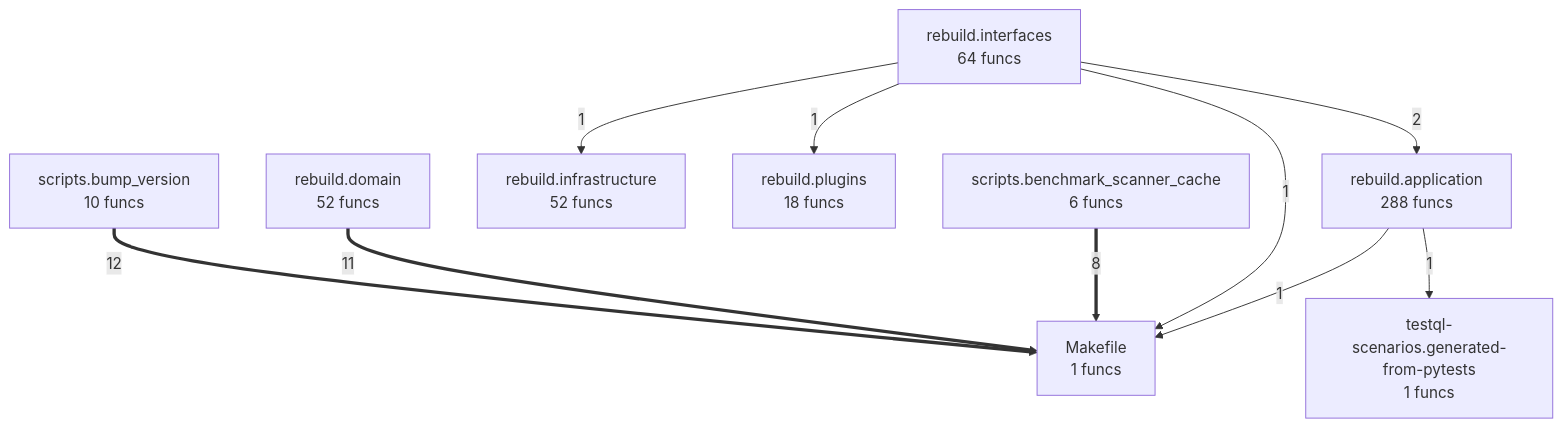
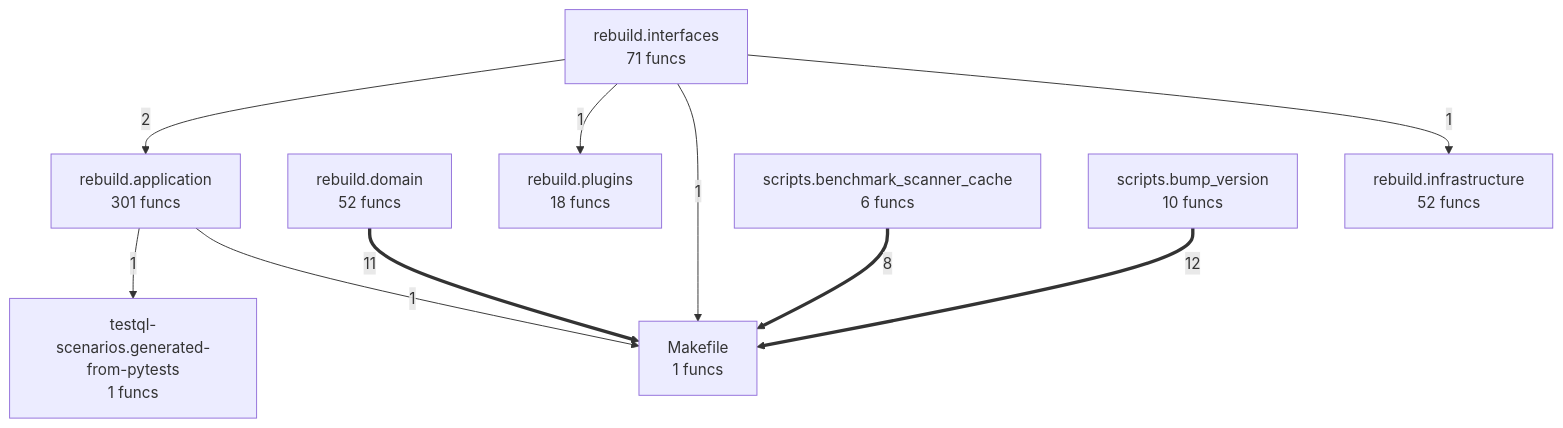
Before and after one commit to semcod/resplit: the diagram in project/compact_flow.mmd, drawn with Mermaid. The commit also changed 35 other files, not shown here.

```diff
--- a/project/compact_flow.mmd
+++ b/project/compact_flow.mmd
@@ -1,20 +1,20 @@
 flowchart TD
 %% generated in 0.01s
     Makefile["Makefile<br/>1 funcs"]
-    rebuild__application["rebuild.application<br/>288 funcs"]
+    rebuild__application["rebuild.application<br/>301 funcs"]
     rebuild__domain["rebuild.domain<br/>52 funcs"]
     rebuild__infrastructure["rebuild.infrastructure<br/>52 funcs"]
-    rebuild__interfaces["rebuild.interfaces<br/>64 funcs"]
+    rebuild__interfaces["rebuild.interfaces<br/>71 funcs"]
     rebuild__plugins["rebuild.plugins<br/>18 funcs"]
     scripts__benchmark_scanner_cache["scripts.benchmark_scanner_cache<br/>6 funcs"]
     scripts__bump_version["scripts.bump_version<br/>10 funcs"]
     testql_scenarios__generated_from_pytests["testql-scenarios.generated-from-pytests<br/>1 funcs"]
     scripts__bump_version ==>|12| Makefile
     rebuild__domain ==>|11| Makefile
     scripts__benchmark_scanner_cache ==>|8| Makefile
     rebuild__interfaces -->|2| rebuild__application
+    rebuild__application -->|1| testql_scenarios__generated_from_pytests
+    rebuild__application -->|1| Makefile
+    rebuild__interfaces -->|1| rebuild__plugins
     rebuild__interfaces -->|1| Makefile
     rebuild__interfaces -->|1| rebuild__infrastructure
-    rebuild__interfaces -->|1| rebuild__plugins
-    rebuild__application -->|1| Makefile
-    rebuild__application -->|1| testql_scenarios__generated_from_pytests
```
